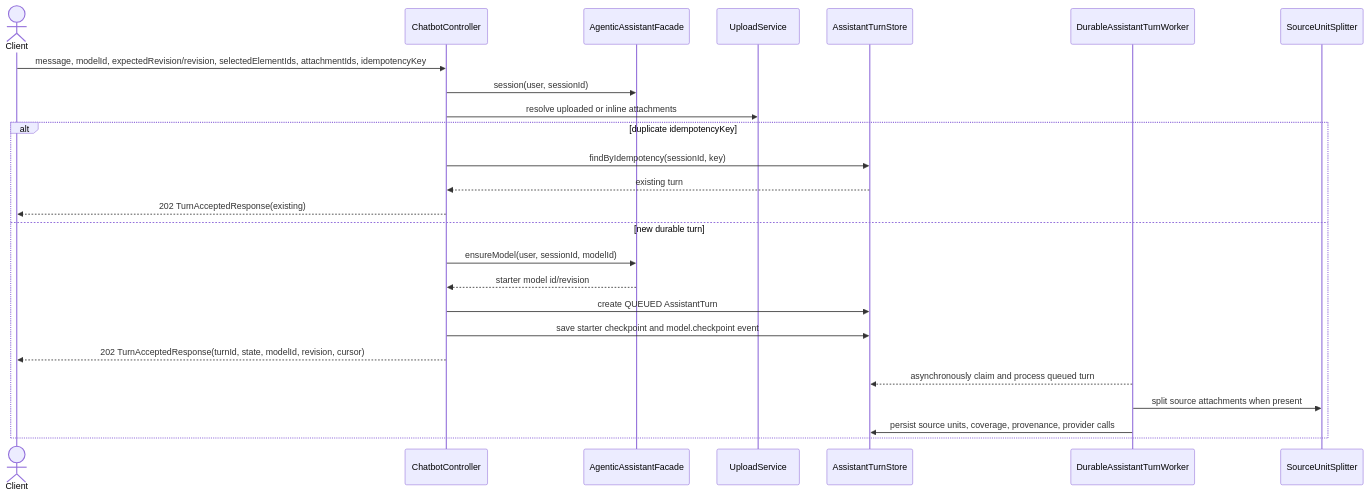
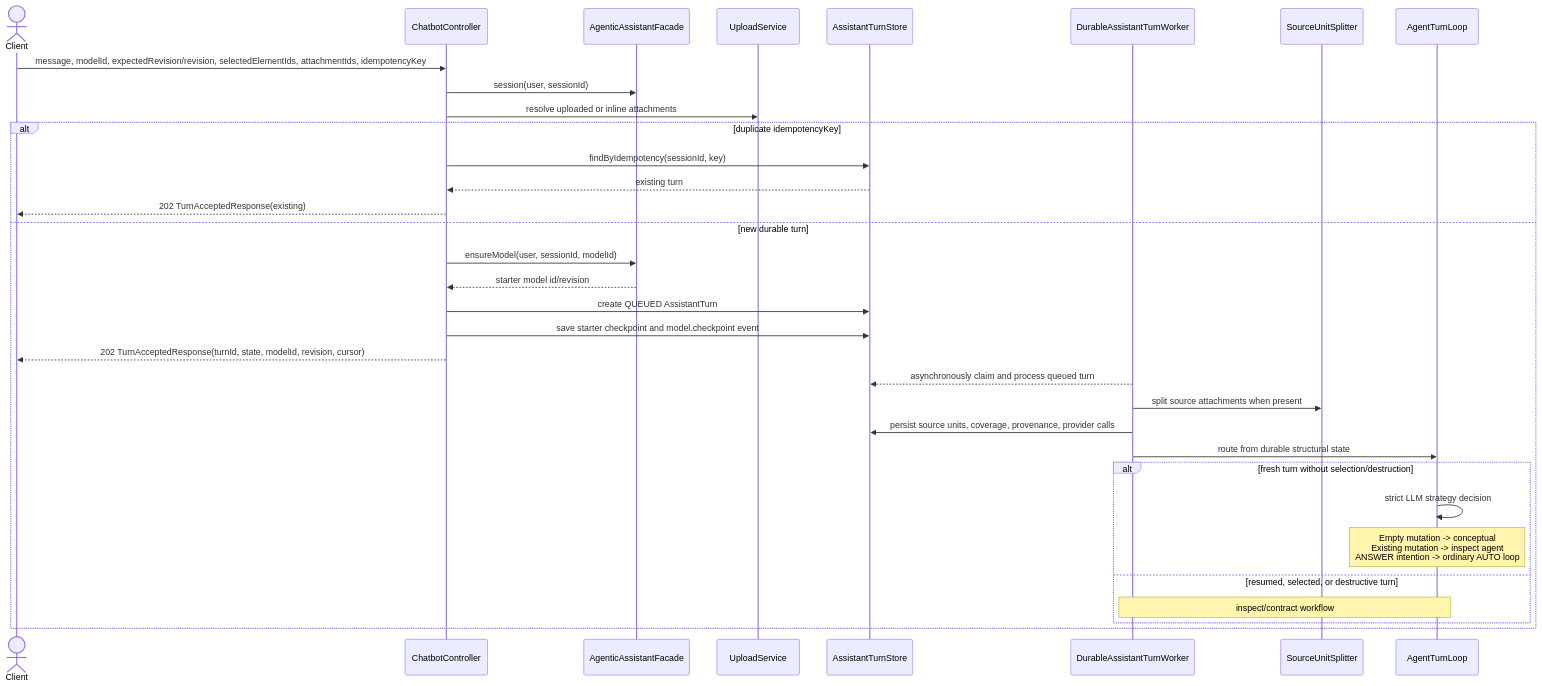
The second of 5 diagrams in docs/diagrams/13-api-assistant-sequences.md (mehdieidi/modriss), drawn with Mermaid before and after one commit. The commit also changed other lines of this file and 66 other files, not shown here.

````diff
--- a/docs/diagrams/13-api-assistant-sequences.md
+++ b/docs/diagrams/13-api-assistant-sequences.md
@@ -23,28 +23,36 @@
 ```mermaid
 sequenceDiagram
     actor Client
     participant C as ChatbotController
     participant A as AgenticAssistantFacade
     participant U as UploadService
     participant T as AssistantTurnStore
     participant W as DurableAssistantTurnWorker
     participant S as SourceUnitSplitter
+    participant L as AgentTurnLoop
 
     Client->>C: message, modelId, expectedRevision/revision, selectedElementIds, attachmentIds, idempotencyKey
     C->>A: session(user, sessionId)
     C->>U: resolve uploaded or inline attachments
     alt duplicate idempotencyKey
         C->>T: findByIdempotency(sessionId, key)
         T-->>C: existing turn
         C-->>Client: 202 TurnAcceptedResponse(existing)
     else new durable turn
         C->>A: ensureModel(user, sessionId, modelId)
         A-->>C: starter model id/revision
         C->>T: create QUEUED AssistantTurn
         C->>T: save starter checkpoint and model.checkpoint event
         C-->>Client: 202 TurnAcceptedResponse(turnId, state, modelId, revision, cursor)
         W-->>T: asynchronously claim and process queued turn
         W->>S: split source attachments when present
         W->>T: persist source units, coverage, provenance, provider calls
+        W->>L: route from durable structural state
+        alt fresh turn without selection/destruction
+            L->>L: strict LLM strategy decision
+            Note over L: Empty mutation -> conceptual<br/>Existing mutation -> inspect agent<br/>ANSWER intention -> ordinary AUTO loop
+        else resumed, selected, or destructive turn
+            Note over W,L: inspect/contract workflow
+        end
     end
 ```
````
